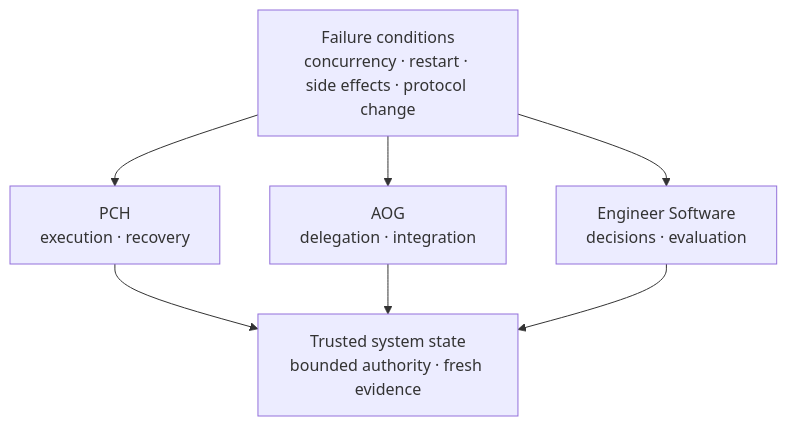
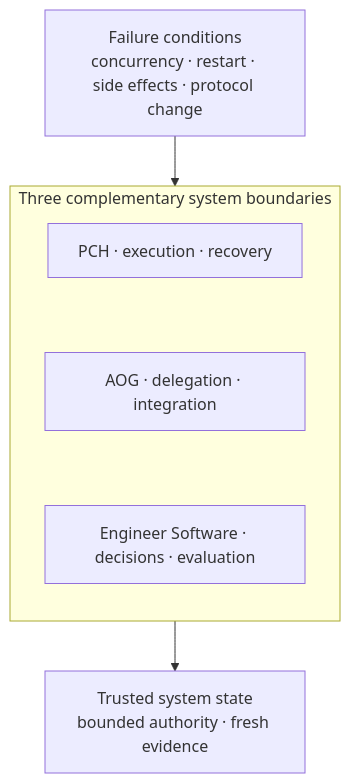
Before and after one commit to KirschBluteX/KirschBluteX: the diagram in README.md, drawn with Mermaid. The commit also changed 1 other file, not shown here.

Commit message:
docs: make systems map mobile-readable

````diff
--- a/README.md
+++ b/README.md
@@ -17,10 +17,15 @@
 ```mermaid
 flowchart TD
   F["Failure conditions<br/>concurrency · restart · side effects · protocol change"]
-  F --> P["PCH<br/>execution · recovery"]
-  F --> A["AOG<br/>delegation · integration"]
-  F --> E["Engineer Software<br/>decisions · evaluation"]
-  P --> R["Trusted system state<br/>bounded authority · fresh evidence"]
-  A --> R
-  E --> R
+  subgraph S["Three complementary system boundaries"]
+    direction TB
+    P["PCH · execution · recovery"]
+    A["AOG · delegation · integration"]
+    E["Engineer Software · decisions · evaluation"]
+    P ~~~ A
+    A ~~~ E
+  end
+  R["Trusted system state<br/>bounded authority · fresh evidence"]
+  F --> S
+  S --> R
 ```
````
